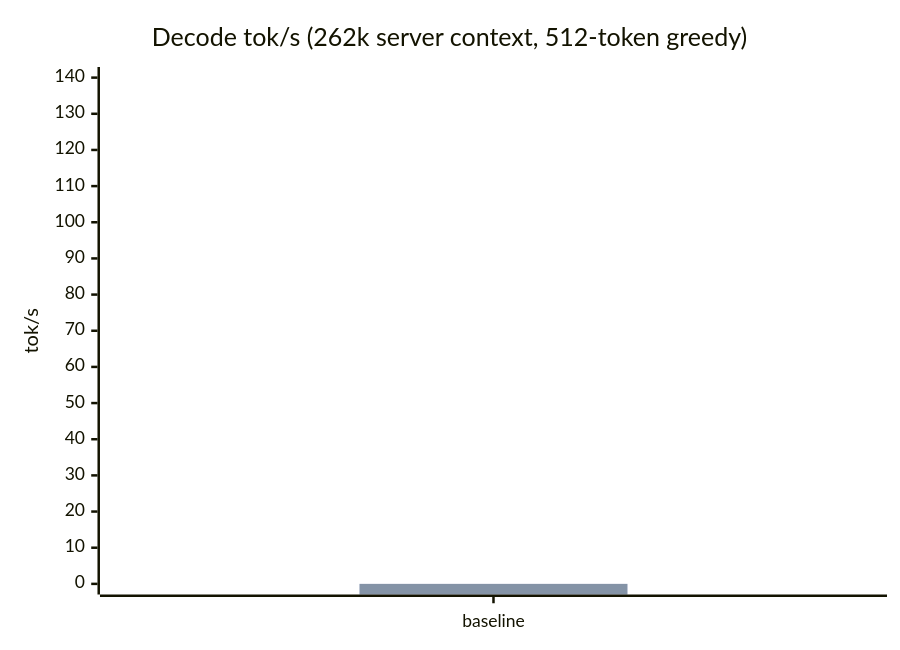
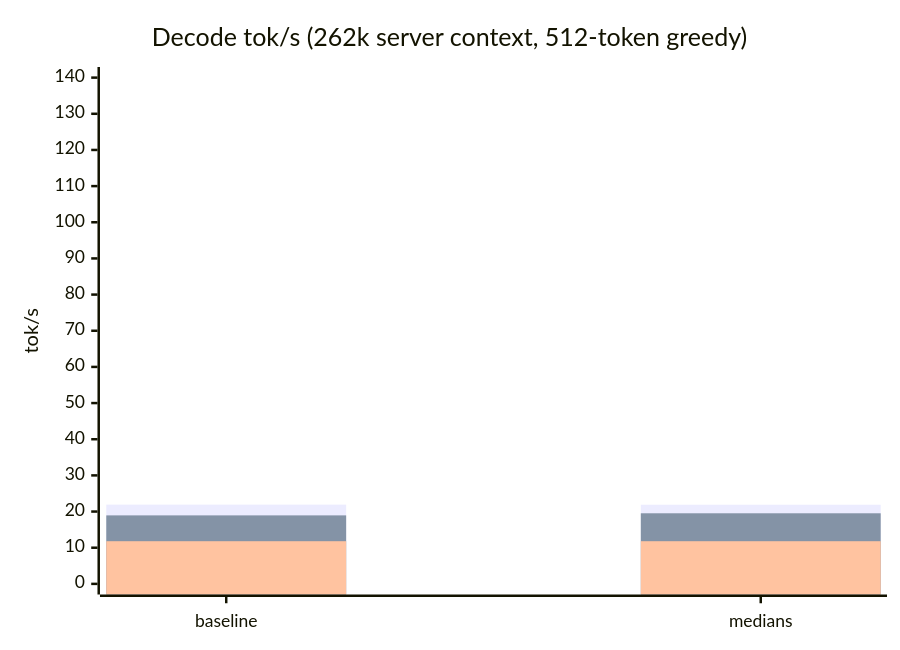
The diagram in PROGRESS.md (saatvik-viniak/qwen36-strata-project), drawn with Mermaid before and after one commit. The commit also changed other lines of this file and 48 other files, not shown here.

````diff
--- a/PROGRESS.md
+++ b/PROGRESS.md
@@ -37,8 +41,9 @@
 ```mermaid
 xychart-beta
     title "Decode tok/s (262k server context, 512-token greedy)"
-    x-axis [baseline]
+    x-axis [baseline, medians]
     y-axis "tok/s" 0 --> 140
-    bar [0, 0, 0]
-    bar [0, 0, 0]
+    bar [21.92, 21.89]
+    bar [18.94, 19.52]
+    bar [11.8, 11.8]
 ```
````
